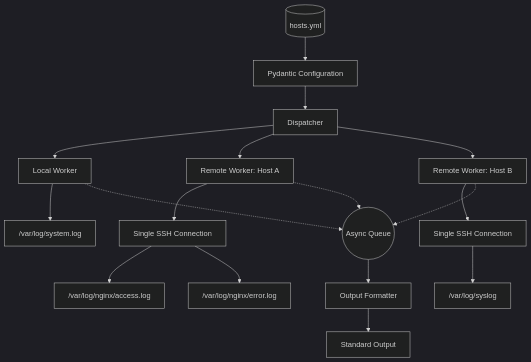
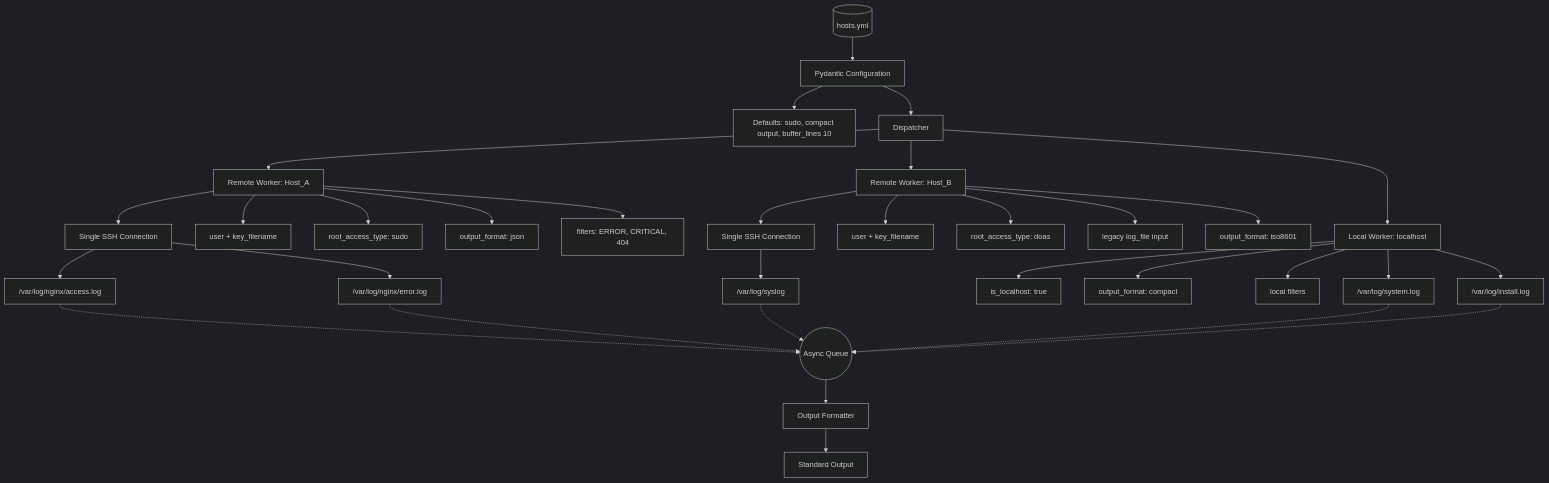
Before and after one commit to xsub/a12rta: the diagram in README.md, drawn with Mermaid (dark theme). The commit also changed other lines of this file and 1 other file, not shown here.

Commit message:
Docs: expand sample host configuration

````diff
--- a/README.md
+++ b/README.md
@@ -27,25 +28,42 @@
 ```mermaid
 graph TD;
     ConfigFile[("hosts.yml")] --> ConfigValidator["Pydantic Configuration"]
+    ConfigValidator --> Defaults["Defaults: sudo, compact output, buffer_lines 10"]
     ConfigValidator --> Dispatcher["Dispatcher"]
 
-    Dispatcher --> LocalWorker["Local Worker"]
-    Dispatcher --> RemoteWorkerA["Remote Worker: Host A"]
-    Dispatcher --> RemoteWorkerB["Remote Worker: Host B"]
+    Dispatcher --> RemoteWorkerA["Remote Worker: Host_A"]
+    Dispatcher --> RemoteWorkerB["Remote Worker: Host_B"]
+    Dispatcher --> LocalWorker["Local Worker: localhost"]
 
-    LocalWorker --> LocalLog["/var/log/system.log"]
+    RemoteWorkerA --> AAuth["user + key_filename"]
+    RemoteWorkerA --> ARoot["root_access_type: sudo"]
+    RemoteWorkerA --> AFormat["output_format: json"]
+    RemoteWorkerA --> AFilters["filters: ERROR, CRITICAL, 404"]
+    RemoteWorkerA --> SSHA["Single SSH Connection"]
 
-    RemoteWorkerA --> SSHA["Single SSH Connection"]
     SSHA --> LogA1["/var/log/nginx/access.log"]
     SSHA --> LogA2["/var/log/nginx/error.log"]
 
+    RemoteWorkerB --> BAuth["user + key_filename"]
+    RemoteWorkerB --> BRoot["root_access_type: doas"]
+    RemoteWorkerB --> BCompat["legacy log_file input"]
+    RemoteWorkerB --> BFormat["output_format: iso8601"]
     RemoteWorkerB --> SSHB["Single SSH Connection"]
+
     SSHB --> LogB1["/var/log/syslog"]
 
-    LocalWorker -.-> Queue(("Async Queue"))
-    RemoteWorkerA -.-> Queue
-    RemoteWorkerB -.-> Queue
+    LocalWorker --> LMode["is_localhost: true"]
+    LocalWorker --> LFormat["output_format: compact"]
+    LocalWorker --> LFilters["local filters"]
+    LocalWorker --> LocalLog1["/var/log/system.log"]
+    LocalWorker --> LocalLog2["/var/log/install.log"]
+
+    LogA1 -.-> Queue(("Async Queue"))
+    LogA2 -.-> Queue
+    LogB1 -.-> Queue
+    LocalLog1 -.-> Queue
+    LocalLog2 -.-> Queue
 
     Queue --> Formatter["Output Formatter"]
     Formatter --> Stdout["Standard Output"]
 ```
````
